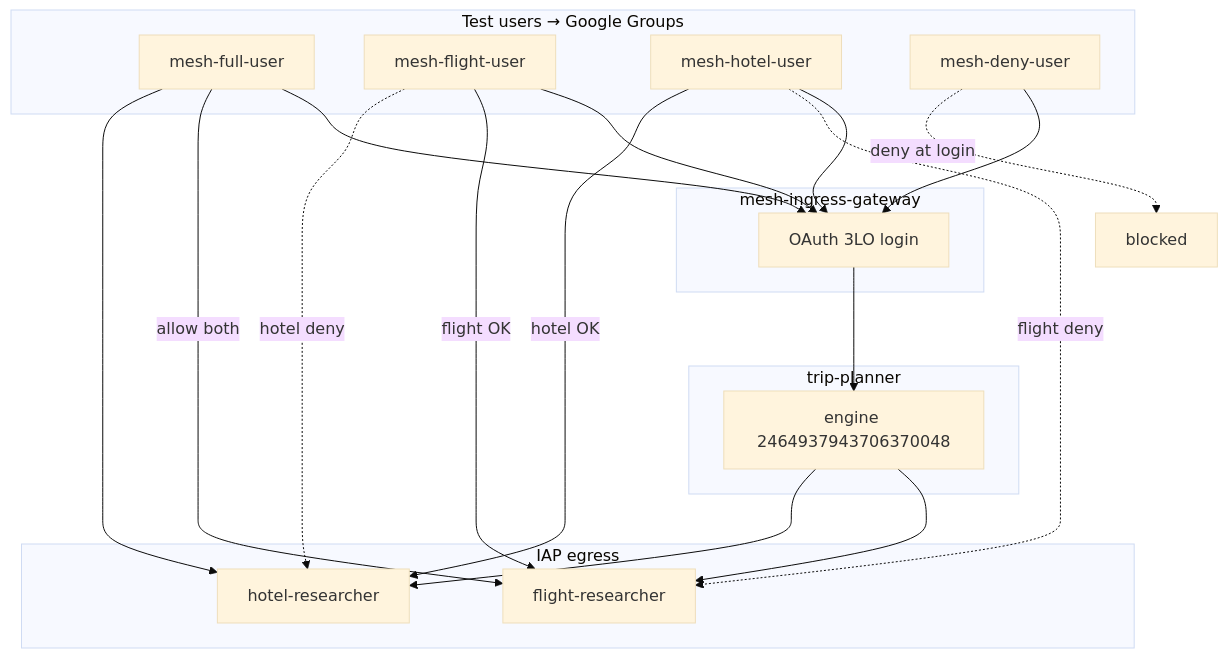
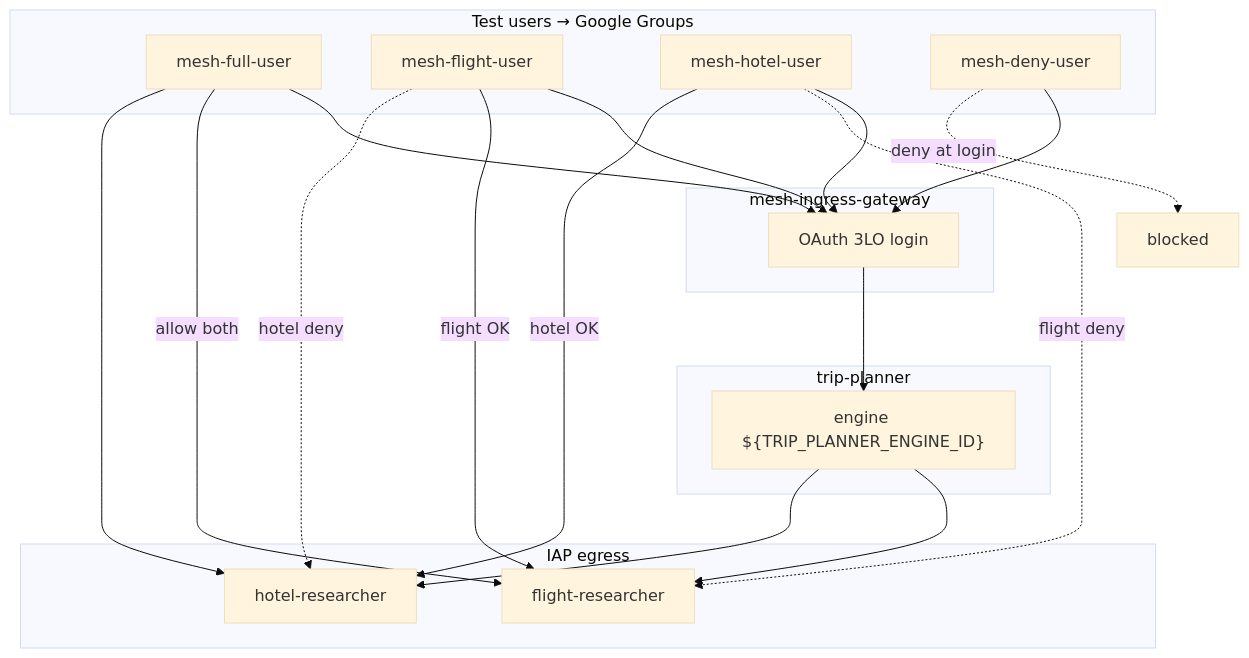
The fourth of 5 diagrams in docs/guides/05-gateway-policy-demo.md (yu-iskw/agent-cli-demo), drawn with Mermaid (base theme) before and after one commit. The commit also changed other lines of this file and 43 other files, not shown here.

````diff
--- a/docs/guides/05-gateway-policy-demo.md
+++ b/docs/guides/05-gateway-policy-demo.md
@@ -185,38 +185,38 @@
 ```mermaid
 flowchart TB
   subgraph Personas["Test users → Google Groups"]
     PU["mesh-full-user"]
     PF["mesh-flight-user"]
     PH["mesh-hotel-user"]
     PD["mesh-deny-user"]
   end
 
   subgraph Ingress["mesh-ingress-gateway"]
     IN["OAuth 3LO login"]
   end
 
   subgraph Orchestrator["trip-planner"]
-    TP["engine 2464937943706370048"]
+    TP["engine ${TRIP_PLANNER_ENGINE_ID}"]
   end
 
   subgraph Specialists["IAP egress"]
     FR["flight-researcher"]
     HR["hotel-researcher"]
   end
 
   PU --> IN --> TP
   PF --> IN
   PH --> IN
   PD --> IN
   PD -.->|"deny at login"| X["blocked"]
 
   TP --> FR
   TP --> HR
 
   PU -->|"allow both"| FR
   PU --> HR
   PF -->|"flight OK"| FR
   PF -.->|"hotel deny"| HR
   PH -.->|"flight deny"| FR
   PH -->|"hotel OK"| HR
 ```
````
